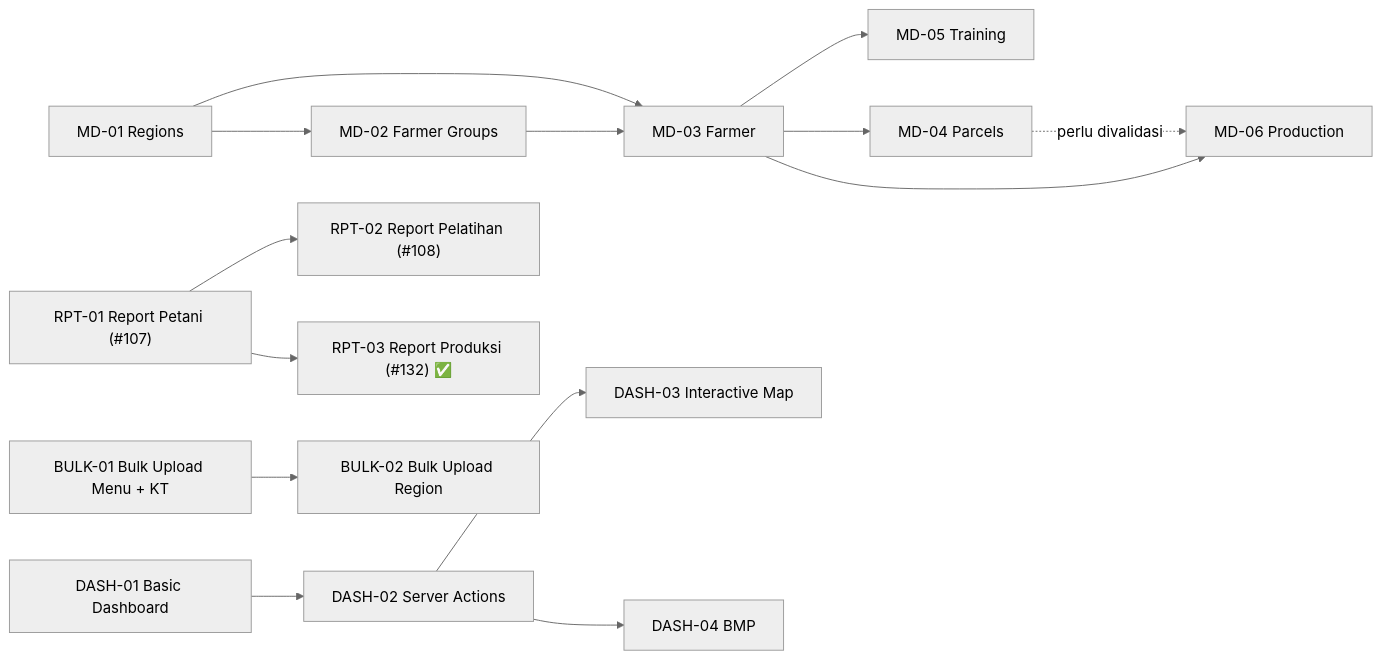
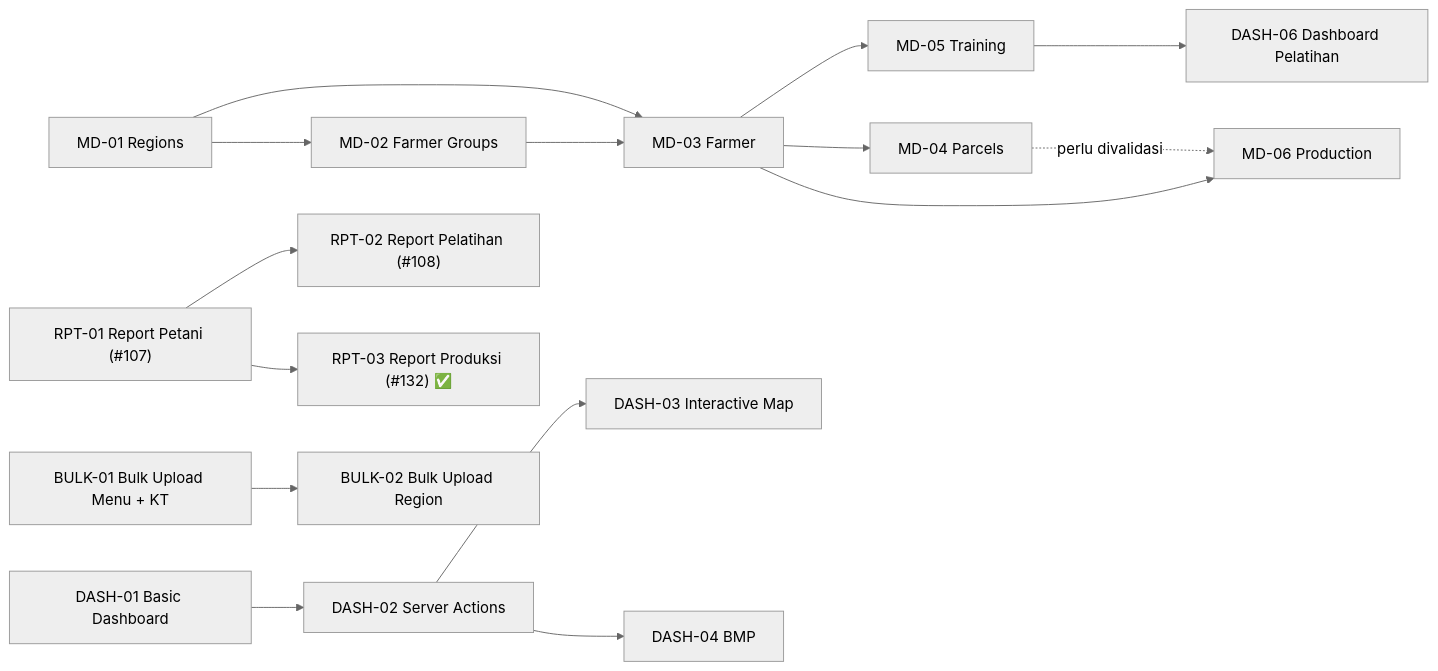
The diagram in docs/project/contributing.md (WRI-Indonesia/mis-smallholder-hub), drawn with Mermaid (neutral theme) before and after one commit. The commit also changed other lines of this file and 9 other files, not shown here.

````diff
--- a/docs/project/contributing.md
+++ b/docs/project/contributing.md
@@ -42,16 +42,17 @@
 ```mermaid
 flowchart LR
     MD01["MD-01 Regions"] --> MD02["MD-02 Farmer Groups"]
     MD01 --> MD03["MD-03 Farmer"]
     MD02 --> MD03
     MD03 --> MD05["MD-05 Training"]
     MD03 --> MD04["MD-04 Parcels"]
     MD04 -. "perlu divalidasi" .-> MD06["MD-06 Production"]
     MD03 --> MD06
     DASH01["DASH-01 Basic Dashboard"] --> DASH02["DASH-02 Server Actions"]
     DASH02 --> DASH03["DASH-03 Interactive Map"]
     DASH02 --> DASH04["DASH-04 BMP"]
+    MD05 --> DASH06["DASH-06 Dashboard Pelatihan"]
     RPT01["RPT-01 Report Petani (#107)"] --> RPT02["RPT-02 Report Pelatihan (#108)"]
     RPT01 --> RPT03["RPT-03 Report Produksi (#132) ✅"]
     BULK01["BULK-01 Bulk Upload Menu + KT"] --> BULK02["BULK-02 Bulk Upload Region"]
 ```
````
